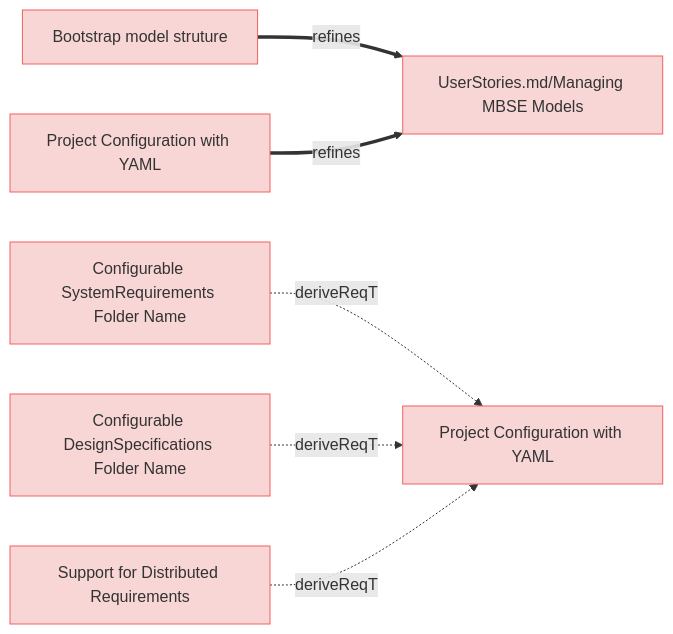
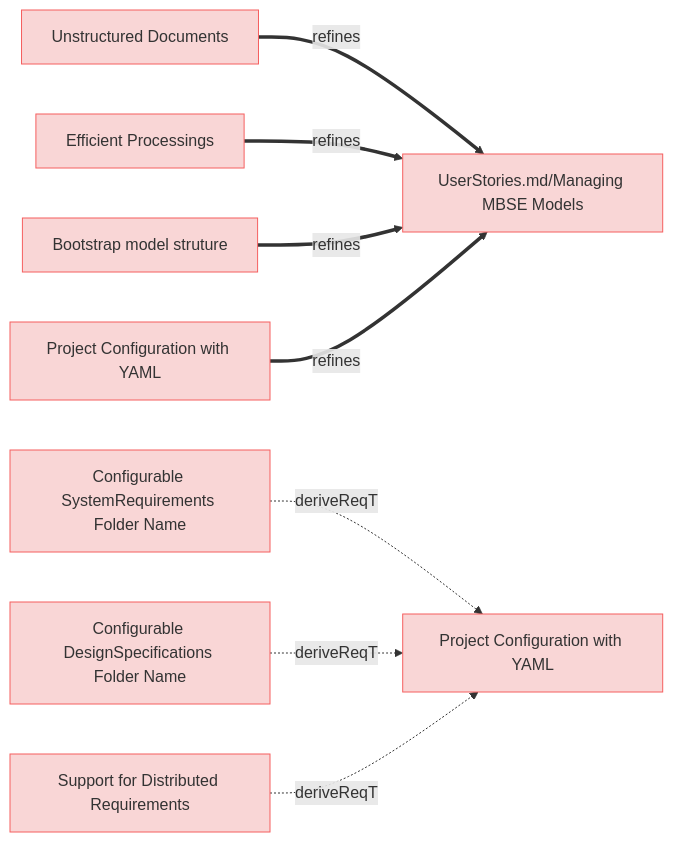
Before and after one commit to reqvire-org/reqvire: the first of 12 diagrams in specifications/UserRequirements.md, drawn with Mermaid. The commit also changed other lines of this file and 16 other files, not shown here.

````diff
--- a/specifications/UserRequirements.md
+++ b/specifications/UserRequirements.md
@@ -5,37 +5,45 @@
 ```mermaid
 graph LR;
   %% Graph styling
   classDef requirement fill:#f9d6d6,stroke:#f55f5f,stroke-width:1px;
   classDef satisfies fill:#fff2cc,stroke:#ffcc00,stroke-width:1px;
   classDef verification fill:#d6f9d6,stroke:#5fd75f,stroke-width:1px;
   classDef externalLink fill:#d0e0ff,stroke:#3080ff,stroke-width:1px;
   classDef paragraph fill:#efefef,stroke:#999999,stroke-width:1px;
   classDef default fill:#f5f5f5,stroke:#333333,stroke-width:1px;
 
+    Unstructured_Documents["Unstructured Documents"];
+    click Unstructured_Documents "UserRequirements.md#unstructured-documents";
+    class Unstructured_Documents requirement;
+    Unstructured_Documents ==>|refines| _UserStories_md_Managing_MBSE_Models__UserStories_md_managing_mbse_models_;
+    _UserStories_md_Managing_MBSE_Models__UserStories_md_managing_mbse_models_["UserStories.md/Managing MBSE Models"];
+    click _UserStories_md_Managing_MBSE_Models__UserStories_md_managing_mbse_models_ "UserStories.md#managing-mbse-models";
+    class _UserStories_md_Managing_MBSE_Models__UserStories_md_managing_mbse_models_ requirement;
+    Efficient_Processings["Efficient Processings"];
+    click Efficient_Processings "UserRequirements.md#efficient-processings";
+    class Efficient_Processings requirement;
+    Efficient_Processings ==>|refines| _UserStories_md_Managing_MBSE_Models__UserStories_md_managing_mbse_models_;
     Bootstrap_model_struture["Bootstrap model struture"];
     click Bootstrap_model_struture "UserRequirements.md#bootstrap-model-struture";
     class Bootstrap_model_struture requirement;
     Bootstrap_model_struture ==>|refines| _UserStories_md_Managing_MBSE_Models__UserStories_md_managing_mbse_models_;
-    _UserStories_md_Managing_MBSE_Models__UserStories_md_managing_mbse_models_["UserStories.md/Managing MBSE Models"];
-    click _UserStories_md_Managing_MBSE_Models__UserStories_md_managing_mbse_models_ "UserStories.md#managing-mbse-models";
-    class _UserStories_md_Managing_MBSE_Models__UserStories_md_managing_mbse_models_ requirement;
     Project_Configuration_with_YAML["Project Configuration with YAML"];
     click Project_Configuration_with_YAML "UserRequirements.md#project-configuration-with-yaml";
     class Project_Configuration_with_YAML requirement;
     Project_Configuration_with_YAML ==>|refines| _UserStories_md_Managing_MBSE_Models__UserStories_md_managing_mbse_models_;
     Configurable_SystemRequirements_Folder_Name["Configurable SystemRequirements Folder Name"];
     click Configurable_SystemRequirements_Folder_Name "UserRequirements.md#configurable-systemrequirements-folder-name";
     class Configurable_SystemRequirements_Folder_Name requirement;
     Configurable_SystemRequirements_Folder_Name -.->|deriveReqT| _Project_Configuration_with_YAML___project_configuration_with_yaml_;
     _Project_Configuration_with_YAML___project_configuration_with_yaml_["Project Configuration with YAML"];
     click _Project_Configuration_with_YAML___project_configuration_with_yaml_ "#project-configuration-with-yaml";
     class _Project_Configuration_with_YAML___project_configuration_with_yaml_ requirement;
     Configurable_DesignSpecifications_Folder_Name["Configurable DesignSpecifications Folder Name"];
     click Configurable_DesignSpecifications_Folder_Name "UserRequirements.md#configurable-designspecifications-folder-name";
     class Configurable_DesignSpecifications_Folder_Name requirement;
     Configurable_DesignSpecifications_Folder_Name -.->|deriveReqT| _Project_Configuration_with_YAML___project_configuration_with_yaml_;
     Support_for_Distributed_Requirements["Support for Distributed Requirements"];
     click Support_for_Distributed_Requirements "UserRequirements.md#support-for-distributed-requirements";
     class Support_for_Distributed_Requirements requirement;
     Support_for_Distributed_Requirements -.->|deriveReqT| _Project_Configuration_with_YAML___project_configuration_with_yaml_;
 ```
````
